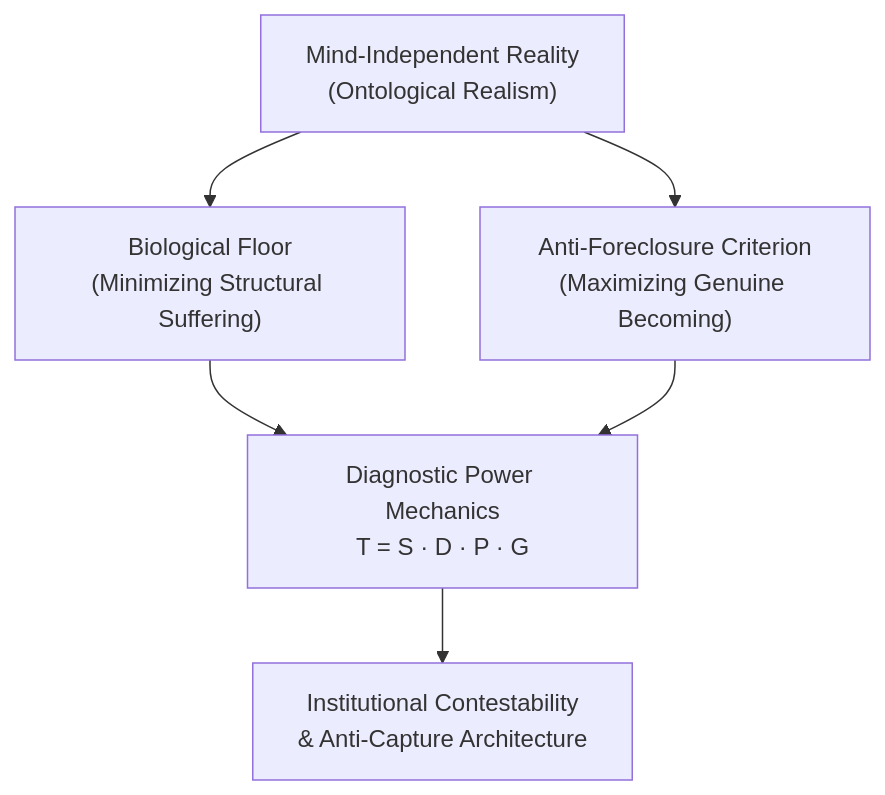
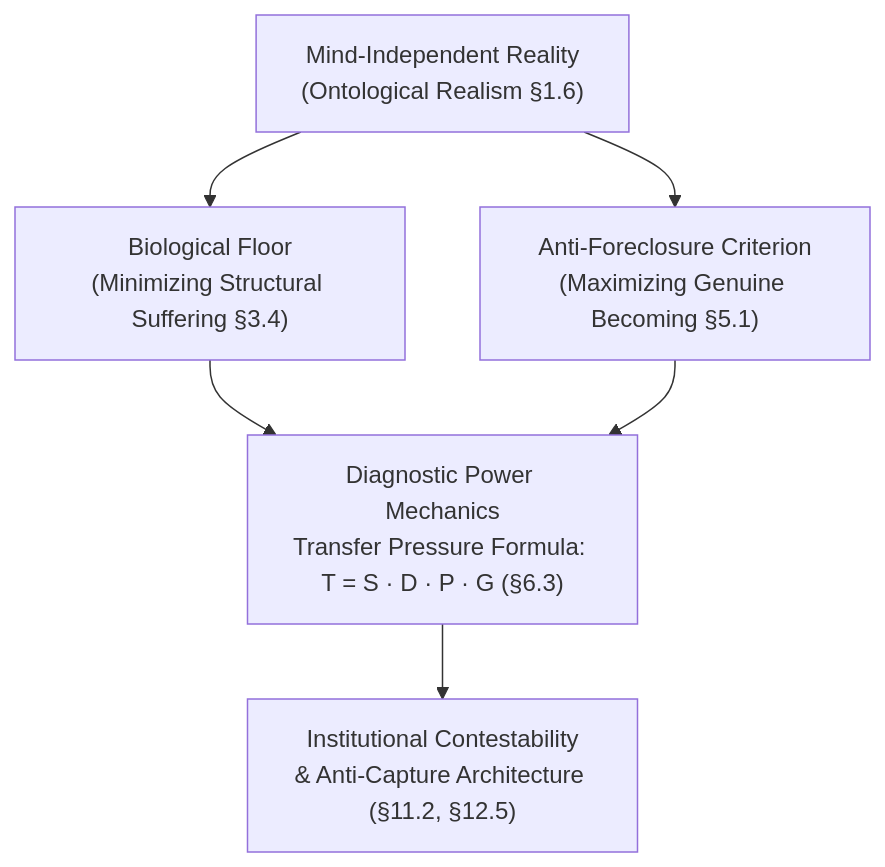
One commit to novadharma-hub/pmn-framework changed the diagram in README.md. Above: the diagram before and after it, drawn with Mermaid. The commit also changed other lines of this file, not shown here.

````diff
--- a/README.md
+++ b/README.md
@@ -42,8 +51,8 @@
 ```mermaid
 graph TD
-    A["Mind-Independent Reality<br/>(Ontological Realism)"] --> B["Biological Floor<br/>(Minimizing Structural Suffering)"]
-    A --> C["Anti-Foreclosure Criterion<br/>(Maximizing Genuine Becoming)"]
-    B --> D["Diagnostic Power Mechanics<br/>T = S · D · P · G"]
+    A["Mind-Independent Reality<br/>(Ontological Realism §1.6)"] --> B["Biological Floor<br/>(Minimizing Structural Suffering §3.4)"]
+    A --> C["Anti-Foreclosure Criterion<br/>(Maximizing Genuine Becoming §5.1)"]
+    B --> D["Diagnostic Power Mechanics<br/>Transfer Pressure Formula: T = S · D · P · G (§6.3)"]
     C --> D
-    D --> E["Institutional Contestability<br/>& Anti-Capture Architecture"]
+    D --> E["Institutional Contestability<br/>& Anti-Capture Architecture (§11.2, §12.5)"]
 ```
````
